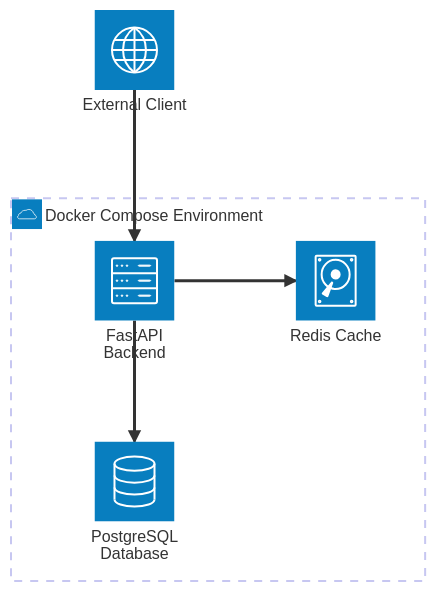
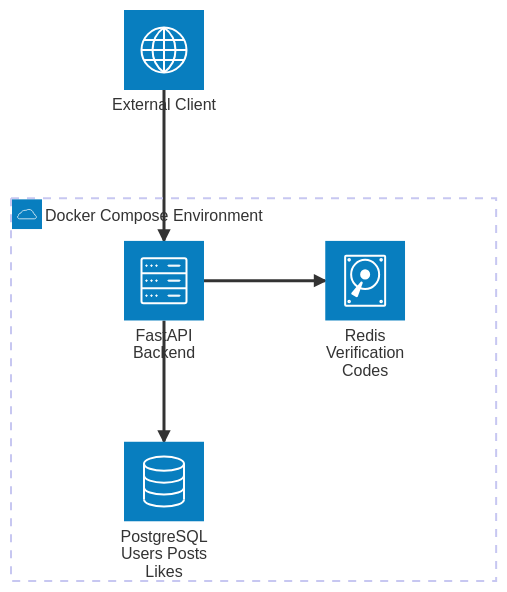
The diagram in README.md (Jilan5/omukk), drawn with Mermaid before and after one commit.

````diff
--- a/README.md
+++ b/README.md
@@ -3,13 +3,13 @@
 ```mermaid
 architecture-beta
     group docker_compose(cloud)[Docker Compose Environment]
     
     service backend(server)[FastAPI Backend] in docker_compose
-    service db(database)[PostgreSQL Database] in docker_compose
-    service redis(disk)[Redis Cache] in docker_compose
+    service db(database)[PostgreSQL Users Posts Likes] in docker_compose
+    service redis(disk)[Redis Verification Codes] in docker_compose
     service client(internet)[External Client]
     
     client:B --> T:backend
     backend:B --> T:db
     backend:R --> L:redis
 ```
````
